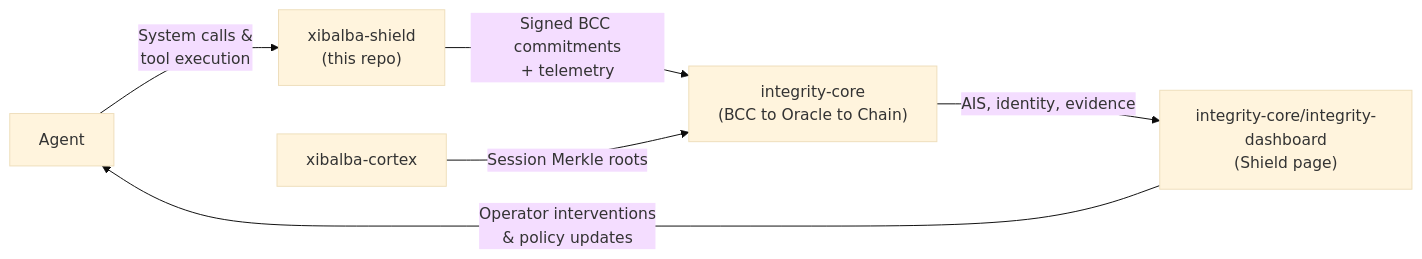
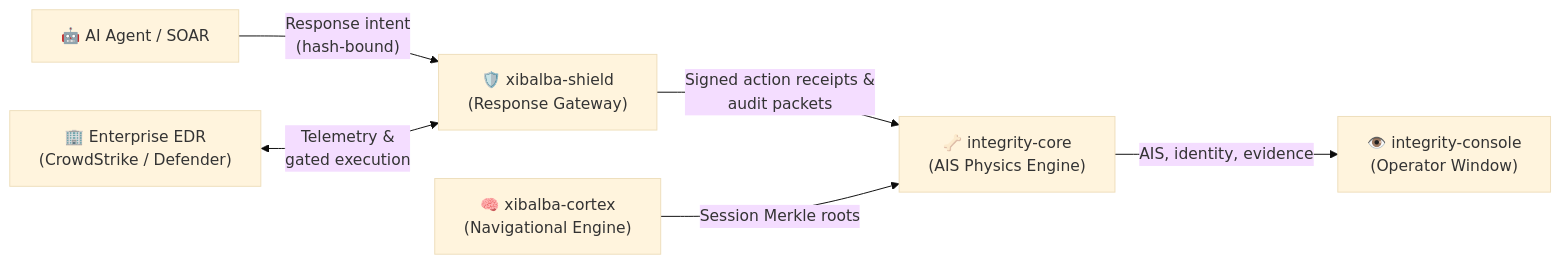
The diagram in docs/wiki/architecture/ecosystem-role.md (XibalbaTechSol/xibalba-shield), drawn with Mermaid (base theme) before and after one commit. The commit also changed other lines of this file and 3 other files, not shown here.

Commit message:
docs: align Shield narrative with navigation physics and EDR response governance

````diff
--- a/docs/wiki/architecture/ecosystem-role.md
+++ b/docs/wiki/architecture/ecosystem-role.md
@@ -48,8 +39,8 @@
 ```mermaid
 flowchart LR
-    Agent["Agent"] -->|"System calls &<br/>tool execution"| Immune["xibalba-shield<br/>(this repo)"]
-    Immune -->|"Signed BCC commitments<br/>+ telemetry"| Backbone["integrity-core<br/>(BCC to Oracle to Chain)"]
-    Brain["xibalba-cortex"] -->|"Session Merkle roots"| Backbone
-    Backbone -->|"AIS, identity, evidence"| Eyes["integrity-core/integrity-dashboard<br/>(Shield page)"]
-    Eyes -->|"Operator interventions<br/>& policy updates"| Agent
+    Agent["🤖 AI Agent / SOAR"] -->|"Response intent<br/>(hash-bound)"| Shield["🛡️ xibalba-shield<br/>(Response Gateway)"]
+    EDR["🏢 Enterprise EDR<br/>(CrowdStrike / Defender)"] <-->|"Telemetry &<br/>gated execution"| Shield
+    Shield -->|"Signed action receipts &<br/>audit packets"| Core["🦴 integrity-core<br/>(AIS Physics Engine)"]
+    Cortex["🧠 xibalba-cortex<br/>(Navigational Engine)"] -->|"Session Merkle roots"| Core
+    Core -->|"AIS, identity, evidence"| Console["👁️ integrity-console<br/>(Operator Window)"]
 ```
````
